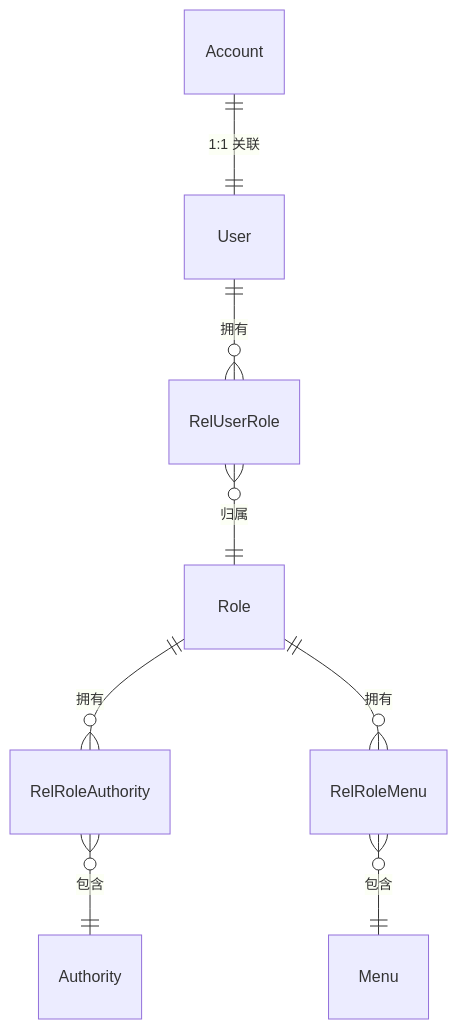
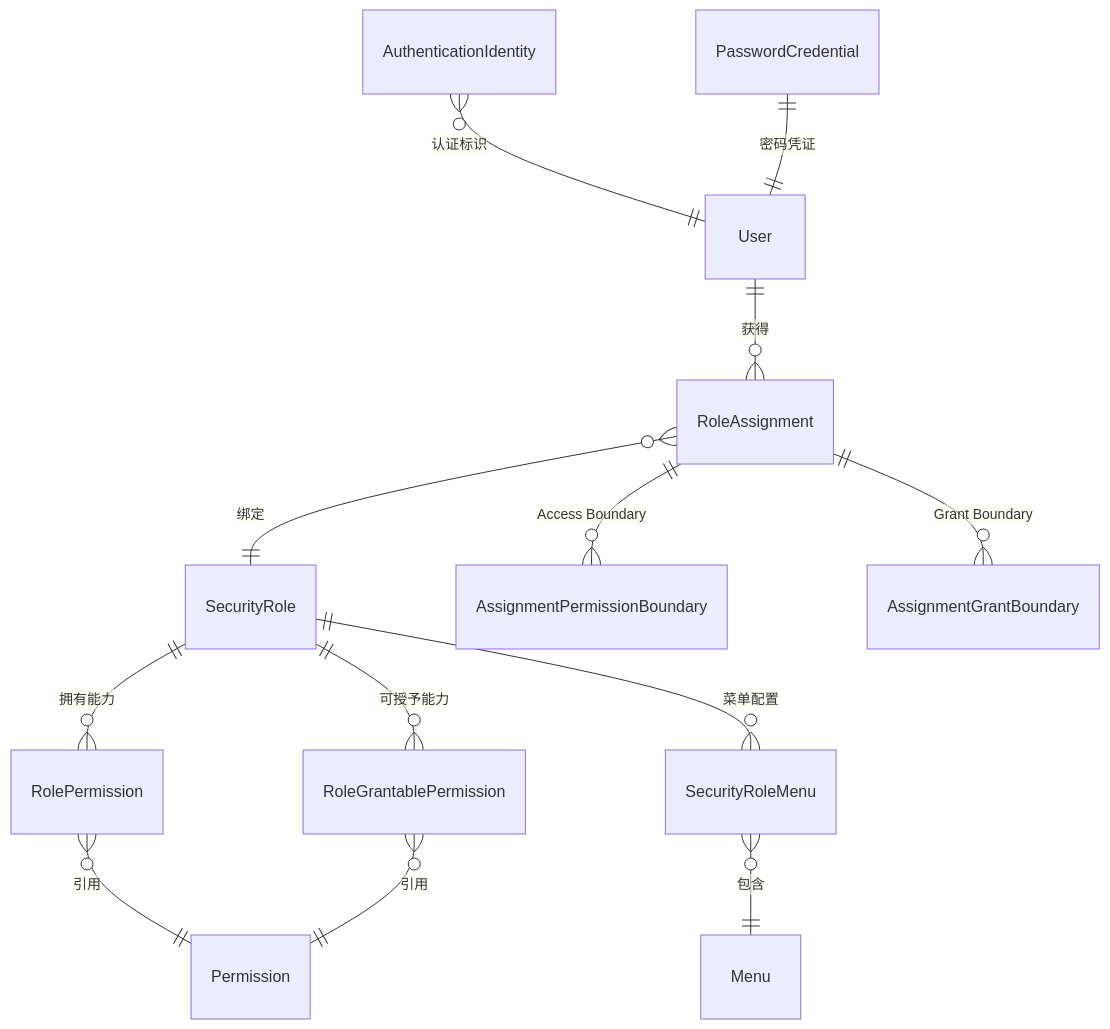
Before and after one commit to yangxj96/spectra-docs: the first of 6 diagrams in docs/30-数据模型/10-ER图.md, drawn with Mermaid. The commit also changed other lines of this file and 10 other files, not shown here.

````diff
--- a/docs/30-数据模型/10-ER图.md
+++ b/docs/30-数据模型/10-ER图.md
@@ -13,10 +13,15 @@
 ```mermaid
 erDiagram
-    Account ||--|| User : "1:1 关联"
-    User ||--o{ RelUserRole : "拥有"
-    RelUserRole }o--|| Role : "归属"
-    Role ||--o{ RelRoleAuthority : "拥有"
-    RelRoleAuthority }o--|| Authority : "包含"
-    Role ||--o{ RelRoleMenu : "拥有"
-    RelRoleMenu }o--|| Menu : "包含"
+    AuthenticationIdentity }o--|| User : "认证标识"
+    PasswordCredential ||--|| User : "密码凭证"
+    User ||--o{ RoleAssignment : "获得"
+    RoleAssignment }o--|| SecurityRole : "绑定"
+    SecurityRole ||--o{ RolePermission : "拥有能力"
+    RolePermission }o--|| Permission : "引用"
+    SecurityRole ||--o{ RoleGrantablePermission : "可授予能力"
+    RoleGrantablePermission }o--|| Permission : "引用"
+    RoleAssignment ||--o{ AssignmentPermissionBoundary : "Access Boundary"
+    RoleAssignment ||--o{ AssignmentGrantBoundary : "Grant Boundary"
+    SecurityRole ||--o{ SecurityRoleMenu : "菜单配置"
+    SecurityRoleMenu }o--|| Menu : "包含"
 ```
````
